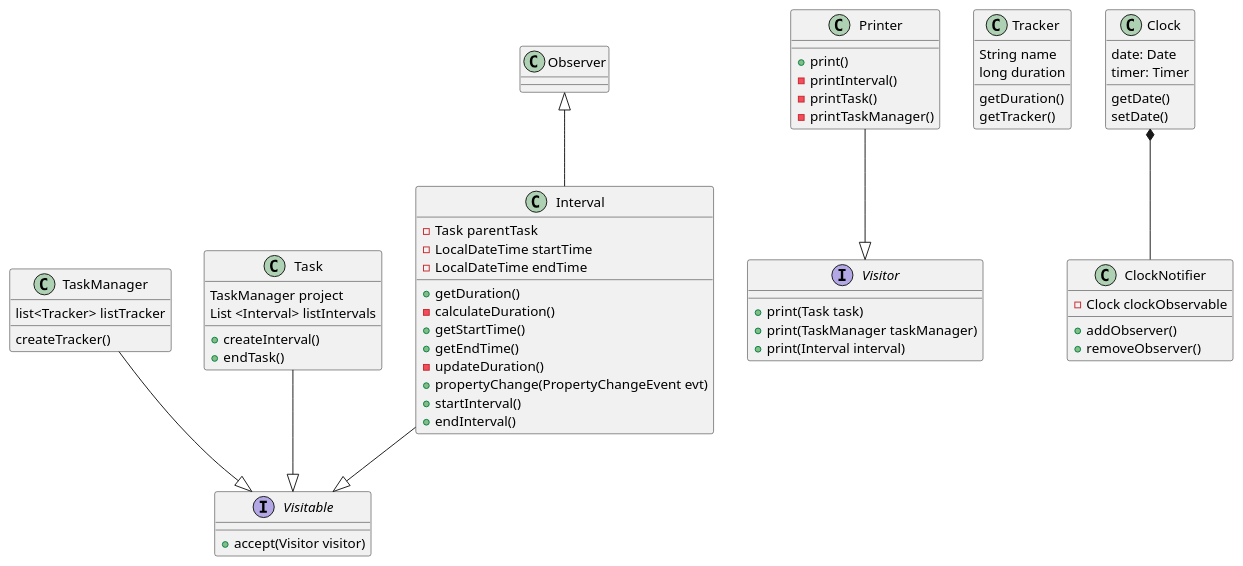
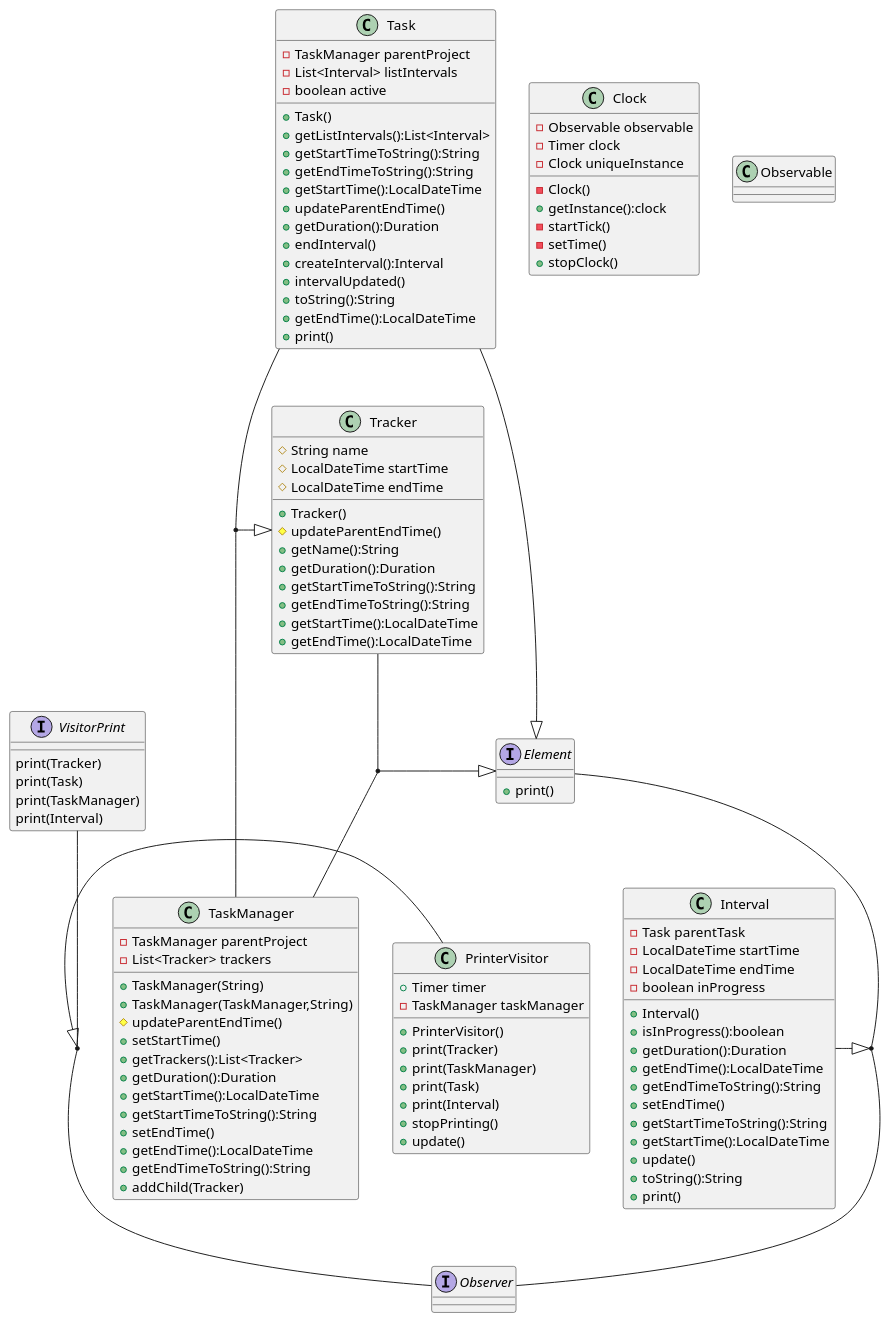
Before and after one commit to BernatMallol/PrinterTimeTracker: the diagram in src/UMLPrinter.puml, drawn with PlantUML. The commit also changed 2 other files, not shown here.

Commit message:
UML Printer

```diff
--- a/src/UMLPrinter.puml
+++ b/src/UMLPrinter.puml
@@ -1,73 +1,115 @@
 @startuml
-
-interface Visitable{
-    +accept(Visitor visitor)
-}
-interface Visitor{
-   +print(Task task)
-   +print(TaskManager taskManager)
-   +print(Interval interval)
+class Clock{
+-Observable observable
+-Timer clock
+-Clock uniqueInstance
+-Clock()
++getInstance():clock
+-startTick()
+-setTime()
++stopClock()
 }
 
-
-class Tracker{
-String name
-long duration
-getDuration()
-getTracker()
+interface Element{
++print()
 }
 
-class ClockNotifier {
-    - Clock clockObservable
-    + addObserver()
-    + removeObserver()
+interface VisitorPrint{
+print(Tracker)
+print(Task)
+print(TaskManager)
+print(Interval)
 }
 
-class Printer{
-  +print()
-  -printInterval()
-  -printTask()
-  -printTaskManager()
+class Interval{
+-Task parentTask
+-LocalDateTime startTime
+-LocalDateTime endTime
+-boolean inProgress
++Interval()
++isInProgress():boolean
++getDuration():Duration
++getEndTime():LocalDateTime
++getEndTimeToString():String
++setEndTime()
++getStartTimeToString():String
++getStartTime():LocalDateTime
++update()
++toString():String
++print()
+}
+
+class PrinterVisitor{
++Timer timer
+-TaskManager taskManager
++PrinterVisitor()
++print(Tracker)
++print(TaskManager)
++print(Task)
++print(Interval)
++stopPrinting()
++update()
+}
+
+class Task{
+-TaskManager parentProject
+-List<Interval> listIntervals
+-boolean active
++Task()
++getListIntervals():List<Interval>
++getStartTimeToString():String
++getEndTimeToString():String
++getStartTime():LocalDateTime
++updateParentEndTime()
++getDuration():Duration
++endInterval()
++createInterval():Interval
++intervalUpdated()
++toString():String
++getEndTime():LocalDateTime
++print()
 }
 
 class TaskManager{
-list<Tracker> listTracker
-createTracker()
+-TaskManager parentProject
+-List<Tracker> trackers
++TaskManager(String)
++TaskManager(TaskManager,String)
+#updateParentEndTime()
++setStartTime()
++getTrackers():List<Tracker>
++getDuration():Duration
++getStartTime():LocalDateTime
++getStartTimeToString():String
++setEndTime()
++getEndTime():LocalDateTime
++getEndTimeToString():String
++addChild(Tracker)
 }
 
-class Task{
-TaskManager project
-List <Interval> listIntervals
-+createInterval()
-+endTask()
+class Tracker{
+#String name
+#LocalDateTime startTime
+#LocalDateTime endTime
++Tracker()
+#updateParentEndTime()
++getName():String
++getDuration():Duration
++getStartTimeToString():String
++getEndTimeToString():String
++getStartTime():LocalDateTime
++getEndTime():LocalDateTime
 }
 
-class Interval extends Observer{
--Task parentTask
--LocalDateTime startTime
--LocalDateTime endTime
-+getDuration()
--calculateDuration()
-+getStartTime()
-+getEndTime()
--updateDuration()
-+propertyChange(PropertyChangeEvent evt)
-+startInterval()
-+endInterval()
-}
+interface Observer
 
-class Clock{
-getDate()
-setDate()
-date: Date
-timer: Timer
-}
+class Observable
+
+Interval --|> (Element,Observer)
+(Tracker,TaskManager) --|> Element
+Task --|> Element
+(Task,TaskManager)--|>Tracker
+PrinterVisitor--|>(VisitorPrint,Observer)
 
 
-Task --|> Visitable
-TaskManager --|> Visitable
-Interval --|> Visitable
-Clock*--ClockNotifier
-Printer --|>Visitor
-
 @enduml
```
